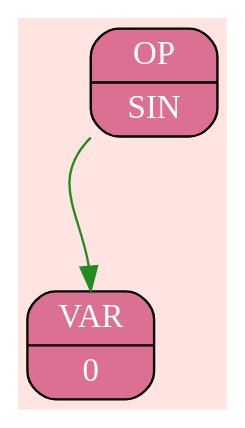
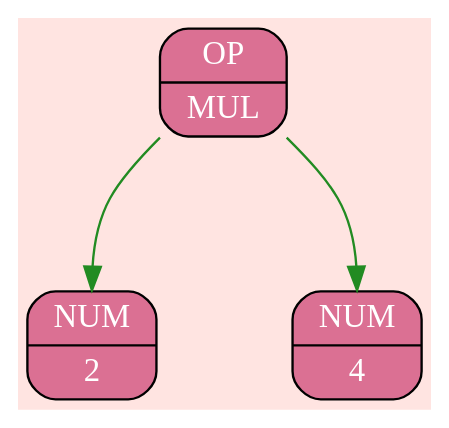
Before and after one commit to Shishkin-Vasiliy/Differentiator.Ai: the diagram in Log/pict_0.dot, drawn with Graphviz. The commit also changed 14 other files, not shown here.

```diff
--- a/Log/pict_0.dot
+++ b/Log/pict_0.dot
@@ -1,14 +1,19 @@
 digraph {
 bgcolor="#FFE4E1";
 rankdir=TB;
 nodesep=0.8;
 ranksep=0.9;
 node_0x5030000000a0 [shape=Mrecord; style=filled; fillcolor="#DB7093"; fontcolor="#FFFFFF";
-       label="  { OP | SIN }"];
+       label="  { OP | MUL }"];
 { rank=source; node_0x5030000000a0 };
 node_0x5030000000d0 [shape=Mrecord; style=filled; fillcolor="#DB7093"; fontcolor="#FFFFFF";
-       label="  { VAR | 0 }"];
+       label="  { NUM | 2 }"];
 { rank=sink; node_0x5030000000d0 };
+node_0x503000000100 [shape=Mrecord; style=filled; fillcolor="#DB7093"; fontcolor="#FFFFFF";
+       label="  { NUM | 4 }"];
+{ rank=sink; node_0x503000000100 };
 edge [color="#FFFFFF"];
 node_0x5030000000a0:sw -> node_0x5030000000d0:n [color="#228B22"];
+edge [color="#FFFFFF"];
+node_0x5030000000a0:se -> node_0x503000000100:n [color="#228B22"];
 }
```
